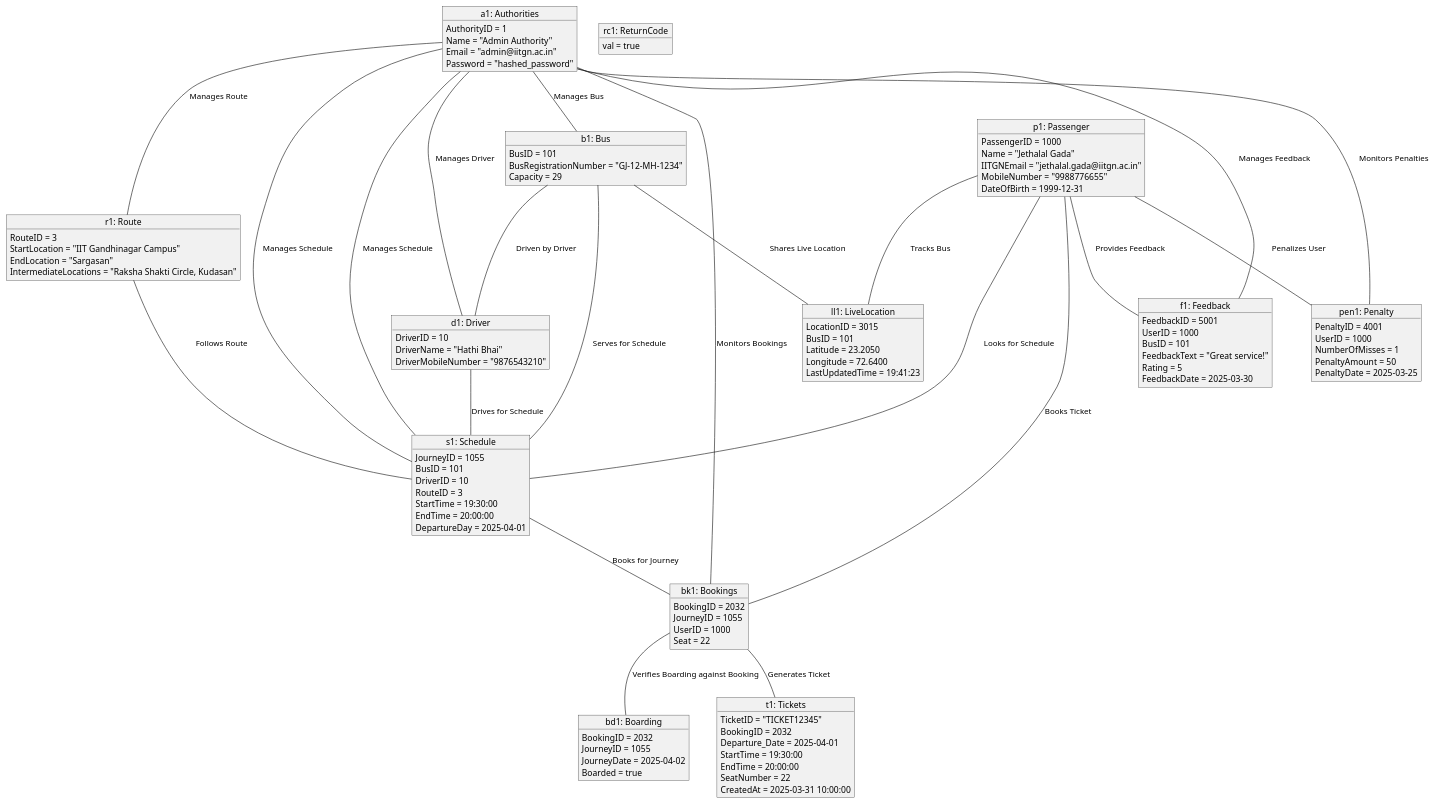
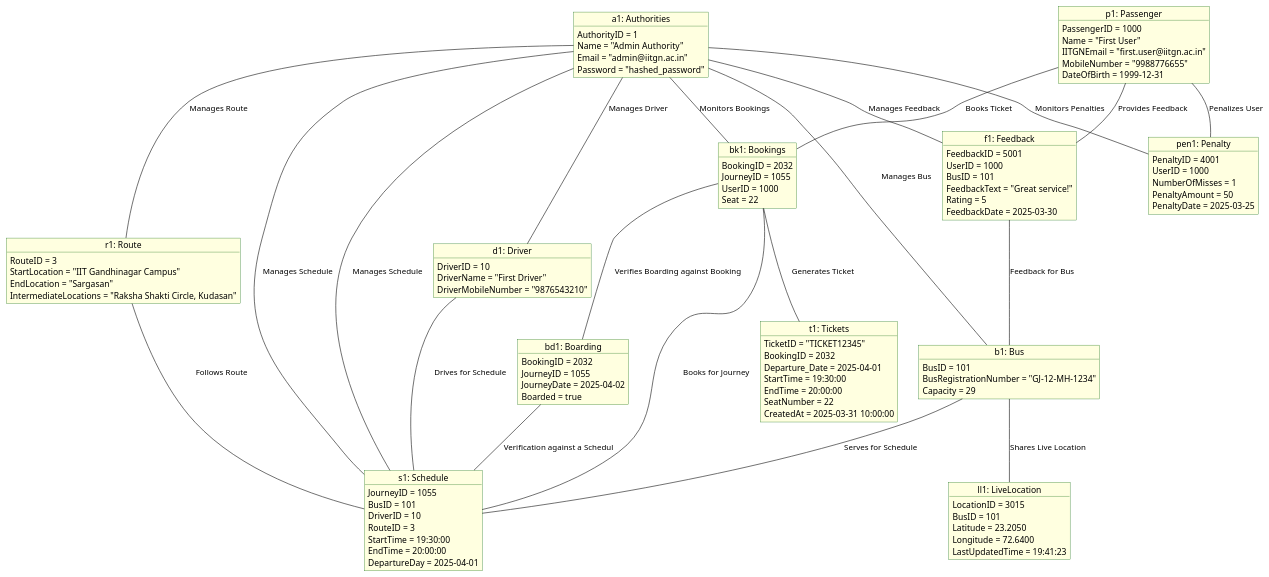
Before and after one commit to pranav-joshi-iitgn/ShuttleGo: the diagram in UMLDiagrams/A2/object.puml, drawn with PlantUML.

```diff
--- a/UMLDiagrams/A2/object.puml
+++ b/UMLDiagrams/A2/object.puml
@@ -1,127 +1,123 @@
 @startuml
-' skinparam object {
-'   BackgroundColor LightYellow
-'   BorderColor DarkGreen
-' }
+ skinparam object {
+   BackgroundColor LightYellow
+   BorderColor DarkGreen
+ }
 
 object "p1: Passenger" as p1  {
   PassengerID = 1000
-  Name = "Jethalal Gada"
-  IITGNEmail = "jethalal.gada@iitgn.ac.in"
+  Name = "First User"
+  IITGNEmail = "first.user@iitgn.ac.in"
   MobileNumber = "9988776655"
   DateOfBirth = 1999-12-31
 }
 
 object "b1: Bus" as b1  {
   BusID = 101
   BusRegistrationNumber = "GJ-12-MH-1234"
   Capacity = 29
 }
 
 object "d1: Driver" as d1  {
   DriverID = 10
-  DriverName = "Hathi Bhai"
+  DriverName = "First Driver"
   DriverMobileNumber = "9876543210"
 }
 
 object "r1: Route" as r1 {
   RouteID = 3
   StartLocation = "IIT Gandhinagar Campus"
   EndLocation = "Sargasan"
   IntermediateLocations = "Raksha Shakti Circle, Kudasan"
 }
 
 object "s1: Schedule" as s1  {
   JourneyID = 1055
   BusID = 101
   DriverID = 10
   RouteID = 3
   StartTime = 19:30:00
   EndTime = 20:00:00
   DepartureDay = 2025-04-01
 }
 
 object "bk1: Bookings" as bk1  {
   BookingID = 2032
   JourneyID = 1055
   UserID = 1000
   Seat = 22
 }
 
 object "bd1: Boarding" as bd1  {
   BookingID = 2032
   JourneyID = 1055
   JourneyDate = 2025-04-02
   Boarded = true
 }
 
 object "ll1: LiveLocation" as ll1  {
   LocationID = 3015
   BusID = 101
   Latitude = 23.2050
   Longitude = 72.6400
   LastUpdatedTime = 19:41:23
 }
 
 object "pen1: Penalty" as pen1  {
   PenaltyID = 4001
   UserID = 1000
   NumberOfMisses = 1
   PenaltyAmount = 50
   PenaltyDate = 2025-03-25
 }
 
 object "a1: Authorities" as a1 {
   AuthorityID = 1
   Name = "Admin Authority"
   Email = "admin@iitgn.ac.in"
   Password = "hashed_password"
 }
 
 object "f1: Feedback" as f1 {
   FeedbackID = 5001
   UserID = 1000
   BusID = 101
   FeedbackText = "Great service!"
   Rating = 5
   FeedbackDate = 2025-03-30
 }
 
 object "t1: Tickets" as t1 {
   TicketID = "TICKET12345"
   BookingID = 2032
   Departure_Date = 2025-04-01
   StartTime = 19:30:00
   EndTime = 20:00:00
   SeatNumber = 22
   CreatedAt = 2025-03-31 10:00:00
 }
 
-object "rc1: ReturnCode" as rc1 {
-  val = true
-}
 
 ' --- Links between Objects ---
 
 p1 -- bk1 : Books Ticket
-p1 -- s1 : Looks for Schedule
-p1 -- ll1 : Tracks Bus
-b1 -- d1 : Driven by Driver
 b1 -- s1 : Serves for Schedule
+f1 -- b1 : Feedback for Bus
 d1 -- s1 : Drives for Schedule
 r1 -- s1 : Follows Route
 s1 -- bk1 : Books for Journey
 bk1 -- bd1 : Verifies Boarding against Booking
 b1 -- ll1 : Shares Live Location
 p1 -- pen1 : Penalizes User
 p1 -- f1 : Provides Feedback
 bk1 -- t1 : Generates Ticket
+bd1 -- s1 : Verification against a Schedul
 a1 -- f1 : Manages Feedback
 a1 -- s1 : Manages Schedule
 a1 -- b1 : Manages Bus
 a1 -- d1 : Manages Driver
 a1 -- r1 : Manages Route
 a1 -- s1 : Manages Schedule
 a1 -- bk1 : Monitors Bookings
 a1 -- pen1 : Monitors Penalties
 @enduml
```
